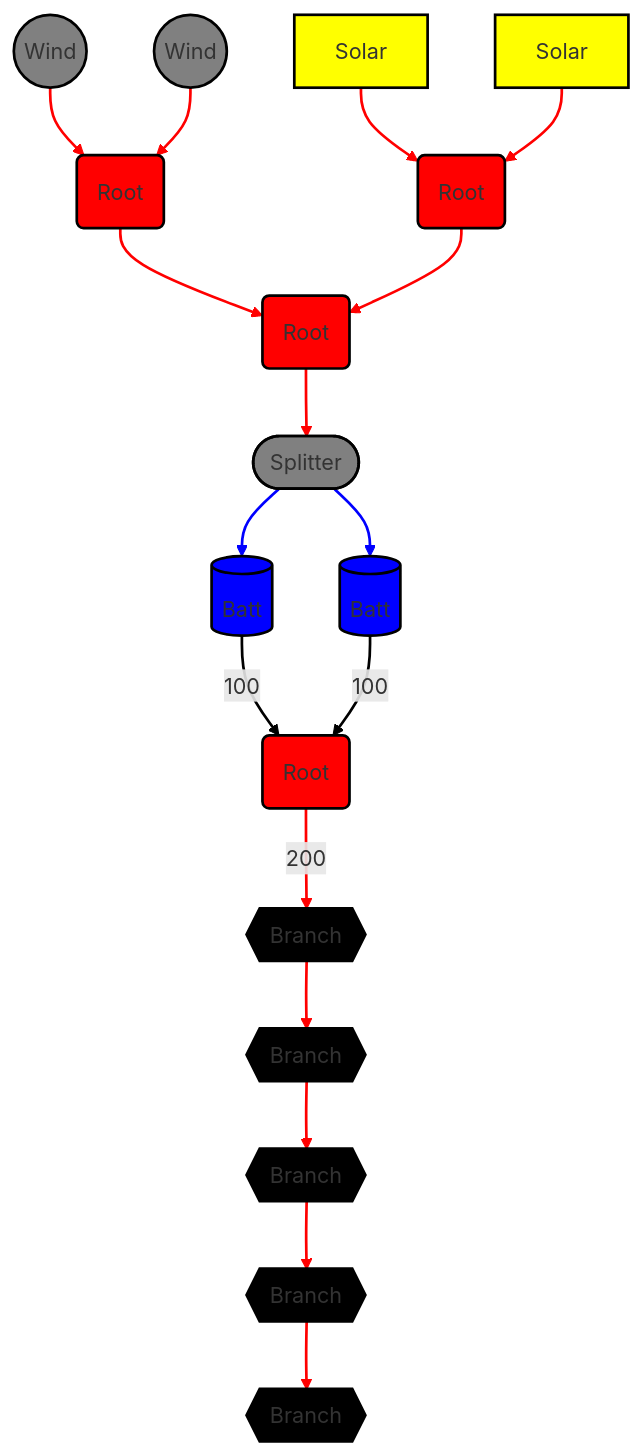
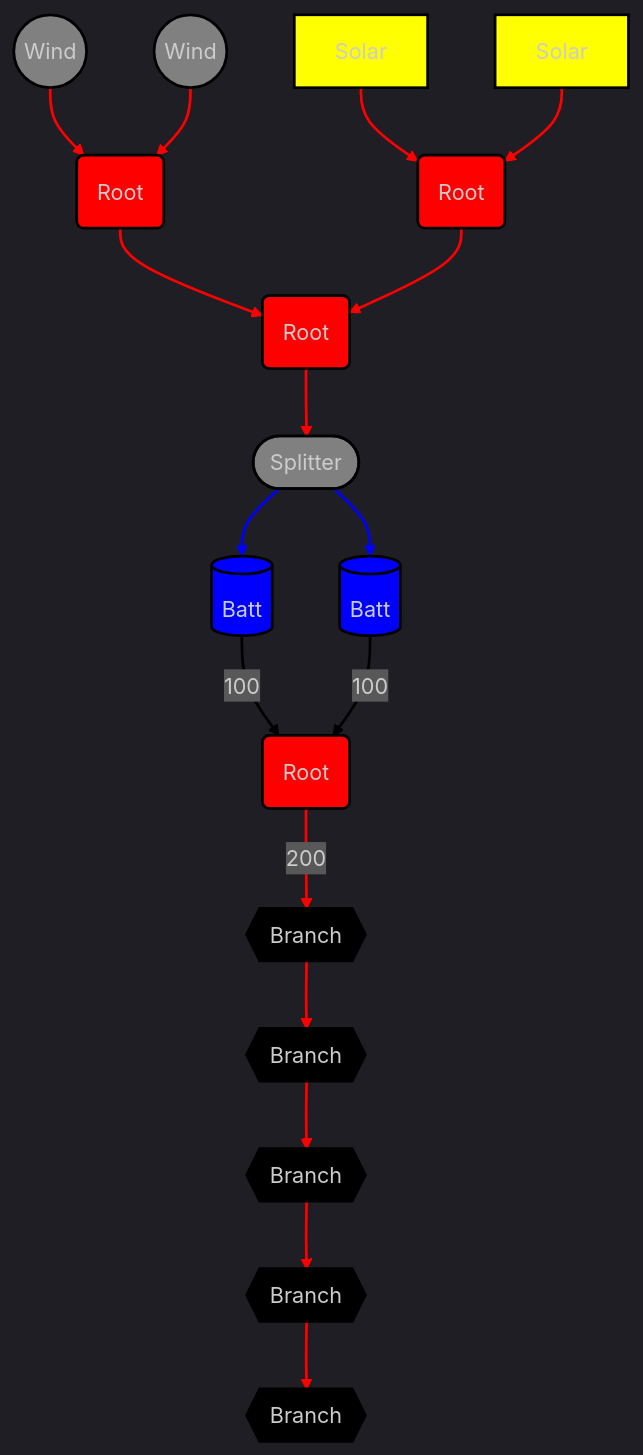
One commit to ZareMate/rust-logistics changed the diagram in power/power-example.md. Above: the diagram before and after it, drawn with Mermaid. The commit also changed 1 other file, not shown here.

Commit message:
Changes to formatting

````diff
--- a/power/power-example.md
+++ b/power/power-example.md
@@ -1,58 +1,59 @@
 ```mermaid
   graph TD;
+    %%{init: {'theme':'dark'}}%%
     %% Class Definitions
     classDef root fill:#ff0000,stroke:#000,stroke-width:2,color:#fff; %% Red background, white text
     classDef branch fill:#000000,stroke:#000,stroke-width:2,color:#fff; %% Black background, white text
     classDef wind fill:gray,stroke:#000,stroke-width:2,color:#fff; %% Grey background, white text circle
     classDef solar fill:yellow,stroke:#000,stroke-width:2,color:#000; %% Yellow background, black text
     classDef batt fill:blue,stroke:#000,stroke-width:2,color:#000; %% Light blue background, black text
     classDef splitter fill:gray,stroke:#000,stroke-width:2,color:#000; %% Light grey background, black text
   
     Wind1((Wind))
     Wind2((Wind))
     Solar1[Solar]
     Solar2[Solar]
     Root1(Root)
     Root2(Root)
     Root3(Root)
     Root4(Root)
     Splitter1([Splitter])
     Batt1[(Batt)]
     Batt2[(Batt)]
     Branch1{{Branch}}
     Branch2{{Branch}}
     Branch3{{Branch}}
     Branch4{{Branch}}
     Branch5{{Branch}}
 
     %% Graph Nodes
     Wind1 -->| | Root1;
     Wind2 -->| | Root1;
     Solar1 -->| | Root2;
     Solar2 -->| | Root2;
     Root1 -->| | Root3;
     Root2 -->| | Root3;
     Root3 -->| | Splitter1;
     Splitter1 -->| | Batt1;
     Splitter1 -->| | Batt2;
     Batt1 -->|100| Root4;
     Batt2 -->|100| Root4;
     Root4 -->|200| Branch1;
     Branch1 --> Branch2;
     Branch2 --> Branch3;
     Branch3 --> Branch4;
     Branch4 --> Branch5;
 
     %% Link Styles
     linkStyle 0,1,2,3,4,5,6,11,12,13,14,15 stroke:red,stroke-width:2;
     linkStyle 7,8 stroke:blue,stroke-width:2;
     linkStyle 9,10 stroke:black,stroke-width:2;
 
     %% Class Assignments
     class Root1,Root2,Root3,Root4 root;
     class Branch1,Branch2,Branch3,Branch4,Branch5 branch;
     class Wind1,Wind2 wind;
     class Solar1,Solar2 solar;
     class Batt1,Batt2 batt;
     class Splitter1 splitter;
 ```
````
